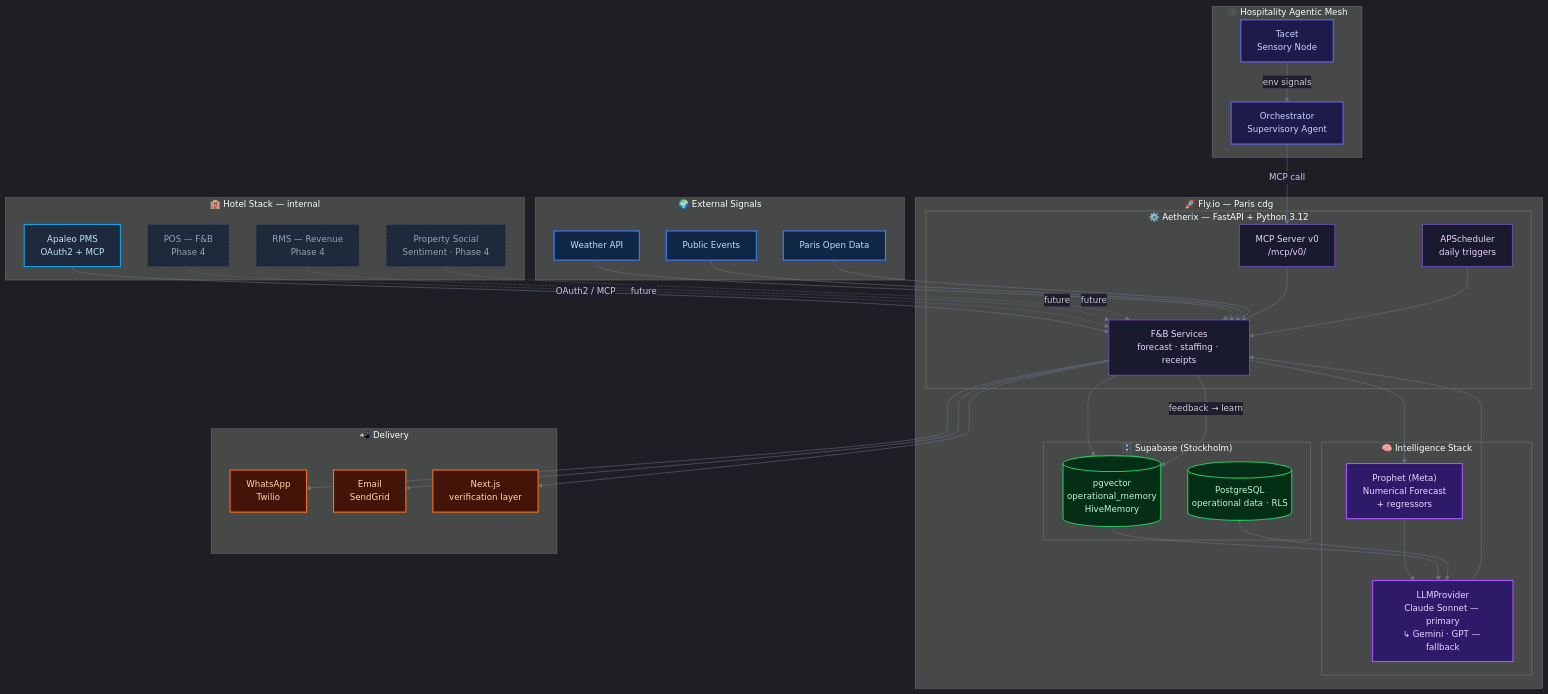
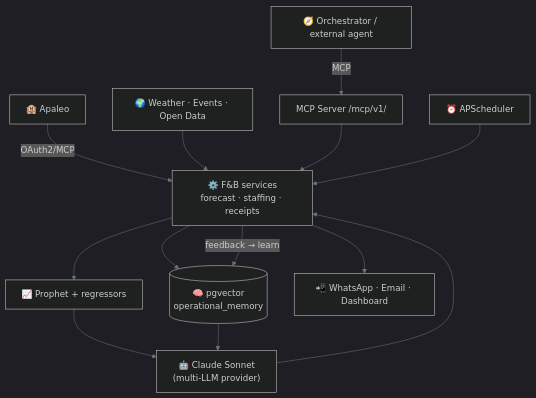
The second of 2 diagrams in README.md (IvandeMurard/aetherix-hospitality-ai), drawn with Mermaid before and after one commit. The commit also changed other lines of this file and 5 other files, not shown here.

````diff
--- a/README.md
+++ b/README.md
@@ -122,85 +112,16 @@
 ```mermaid
-%%{init: {'theme': 'dark', 'themeVariables': {'edgeLabelBackground': '#1e1e2e', 'lineColor': '#6b7280'}}}%%
-graph TD
-    subgraph MESH["🕸️ Hospitality Agentic Mesh"]
-        ORCH["Orchestrator\nSupervisory Agent"]
-        TACET["Tacet\nSensory Node"]
-    end
-
-    subgraph FLY["🚀 Fly.io — Paris cdg"]
-        subgraph BACK["⚙️ Aetherix — FastAPI + Python 3.12"]
-            MCP_IN["MCP Server v0\n/mcp/v0/"]
-            SCHED["APScheduler\ndaily triggers"]
-            SVC["F&B Services\nforecast · staffing · receipts"]
-        end
-
-        subgraph INTEL["🧠 Intelligence Stack"]
-            PROPHET["Prophet (Meta)\nNumerical Forecast\n+ regressors"]
-            LLM["LLMProvider\nClaude Sonnet — primary\n↳ Gemini · GPT — fallback"]
-        end
-
-        subgraph DATA["🗄️ Supabase (Stockholm)"]
-            DB[("PostgreSQL\noperational data · RLS")]
-            VEC[("pgvector\noperational_memory\nHiveMemory")]
-        end
-    end
-
-    subgraph HOTEL["🏨 Hotel Stack — internal"]
-        PMS["Apaleo PMS\nOAuth2 + MCP"]
-        POS["POS — F&B\nPhase 4"]
-        RMS["RMS — Revenue\nPhase 4"]
-        SOCIAL["Property Social\nSentiment · Phase 4"]
-    end
-
-    subgraph EXT["🌍 External Signals"]
-        WEATHER["Weather API"]
-        EVENTS["Public Events"]
-        OPENDATA["Paris Open Data"]
-    end
-
-    subgraph OUT["📲 Delivery"]
-        WA["WhatsApp\nTwilio"]
-        EMAIL["Email\nSendGrid"]
-        DASH["Next.js\nverification layer"]
-    end
-
-    TACET -- "env signals" --> ORCH
-    ORCH -- "MCP call" --> MCP_IN
-    PMS -- "OAuth2 / MCP" --> SVC
-    POS -.->|future| SVC
-    RMS -.->|future| SVC
-    SOCIAL -.->|future| SVC
-    WEATHER --> SVC
-    EVENTS --> SVC
-    OPENDATA --> SVC
-    MCP_IN --> SVC
-    SCHED --> SVC
-    SVC --> PROPHET
-    SVC --> VEC
-    PROPHET --> LLM
+%%{init: {'theme':'dark','themeVariables':{'lineColor':'#6b7280'}}}%%
+flowchart TD
+    ORCH["🧭 Orchestrator / external agent"] -- MCP --> MCPIN["MCP Server /mcp/v1/"]
+    PMS["🏨 Apaleo"] -- OAuth2/MCP --> SVC
+    EXT["🌍 Weather · Events · Open Data"] --> SVC
+    MCPIN --> SVC["⚙️ F&B services\nforecast · staffing · receipts"]
+    SCHED["⏰ APScheduler"] --> SVC
+    SVC --> PROPHET["📈 Prophet + regressors"]
+    SVC --> VEC[("🧠 pgvector\noperational_memory")]
+    PROPHET --> LLM["🤖 Claude Sonnet\n(multi-LLM provider)"]
     VEC --> LLM
-    DB --> LLM
     LLM --> SVC
-    SVC --> WA
-    SVC --> EMAIL
-    SVC --> DASH
+    SVC --> OUT["📲 WhatsApp · Email · Dashboard"]
     SVC -- "feedback → learn" --> VEC
-
-    classDef mesh     fill:#1e1b4b,stroke:#6366f1,stroke-width:2px,color:#c7d2fe
-    classDef fly      fill:#1a1a2e,stroke:#8b5cf6,stroke-width:1px,color:#e9d5ff
-    classDef intel    fill:#2d1b69,stroke:#a855f7,stroke-width:2px,color:#e9d5ff
-    classDef data     fill:#052e16,stroke:#22c55e,stroke-width:2px,color:#bbf7d0
-    classDef hotel    fill:#1e293b,stroke:#0ea5e9,stroke-width:2px,color:#bae6fd
-    classDef ext      fill:#0f2744,stroke:#3b82f6,stroke-width:2px,color:#bfdbfe
-    classDef out      fill:#431407,stroke:#f97316,stroke-width:2px,color:#fed7aa
-    classDef future   fill:#1e293b,stroke:#475569,stroke-width:1px,stroke-dasharray: 4 3,color:#94a3b8
-
-    class ORCH,TACET mesh
-    class MCP_IN,SCHED,SVC fly
-    class PROPHET,LLM intel
-    class DB,VEC data
-    class PMS hotel
-    class POS,RMS,SOCIAL future
-    class WEATHER,EVENTS,OPENDATA ext
-    class WA,EMAIL,DASH out
 ```
````
